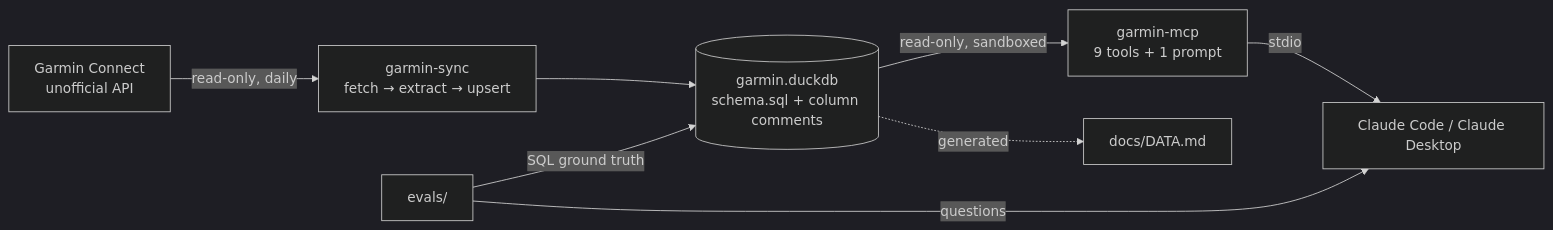
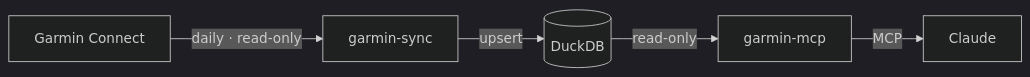
The diagram in README.md (yehomak/garmin-sync), drawn with Mermaid (dark theme) before and after one commit. The commit also changed other lines of this file, not shown here.

Commit message:
docs: README header with badges, compact diagram, less inline code (#5)

````diff
--- a/README.md
+++ b/README.md
@@ -13,10 +42,7 @@
 ```mermaid
 flowchart LR
-    G[Garmin Connect<br/>unofficial API] -->|read-only, daily| S[garmin-sync<br/>fetch → extract → upsert]
-    S --> D[(garmin.duckdb<br/>schema.sql + column comments)]
-    D -->|read-only, sandboxed| M[garmin-mcp<br/>9 tools + 1 prompt]
-    M -->|stdio| C[Claude Code / Claude Desktop]
-    D -.->|generated| DOC[docs/DATA.md]
-    E[evals/] -->|questions| C
-    E -->|SQL ground truth| D
+    G["Garmin Connect"] -- "daily · read-only" --> S["garmin-sync"]
+    S -- "upsert" --> D[("DuckDB")]
+    D -- "read-only" --> M["garmin-mcp"]
+    M -- "MCP" --> C["Claude"]
 ```
````
